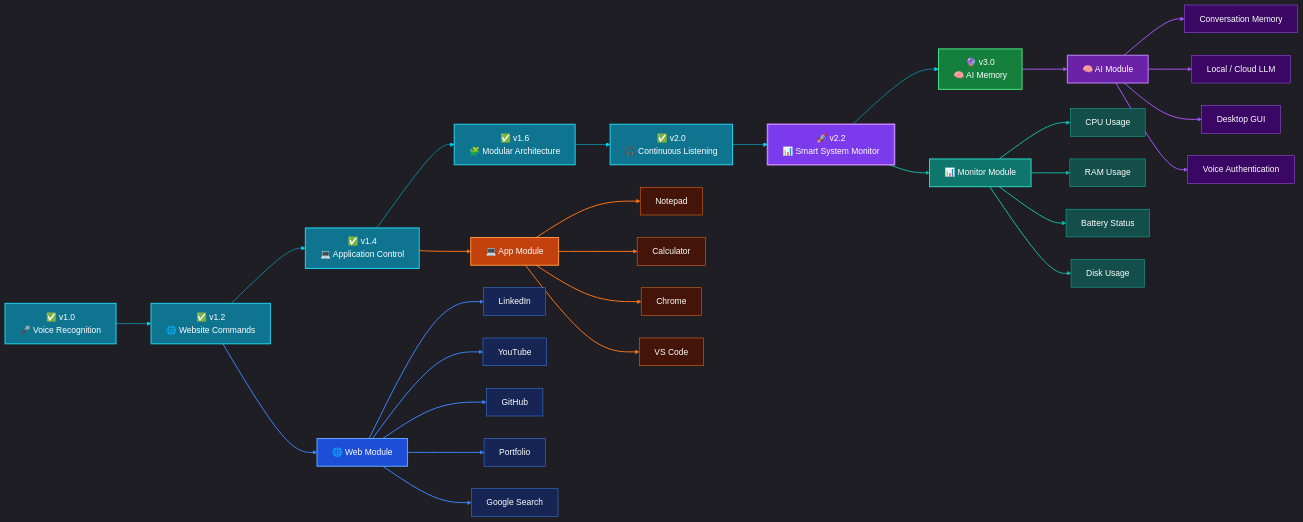
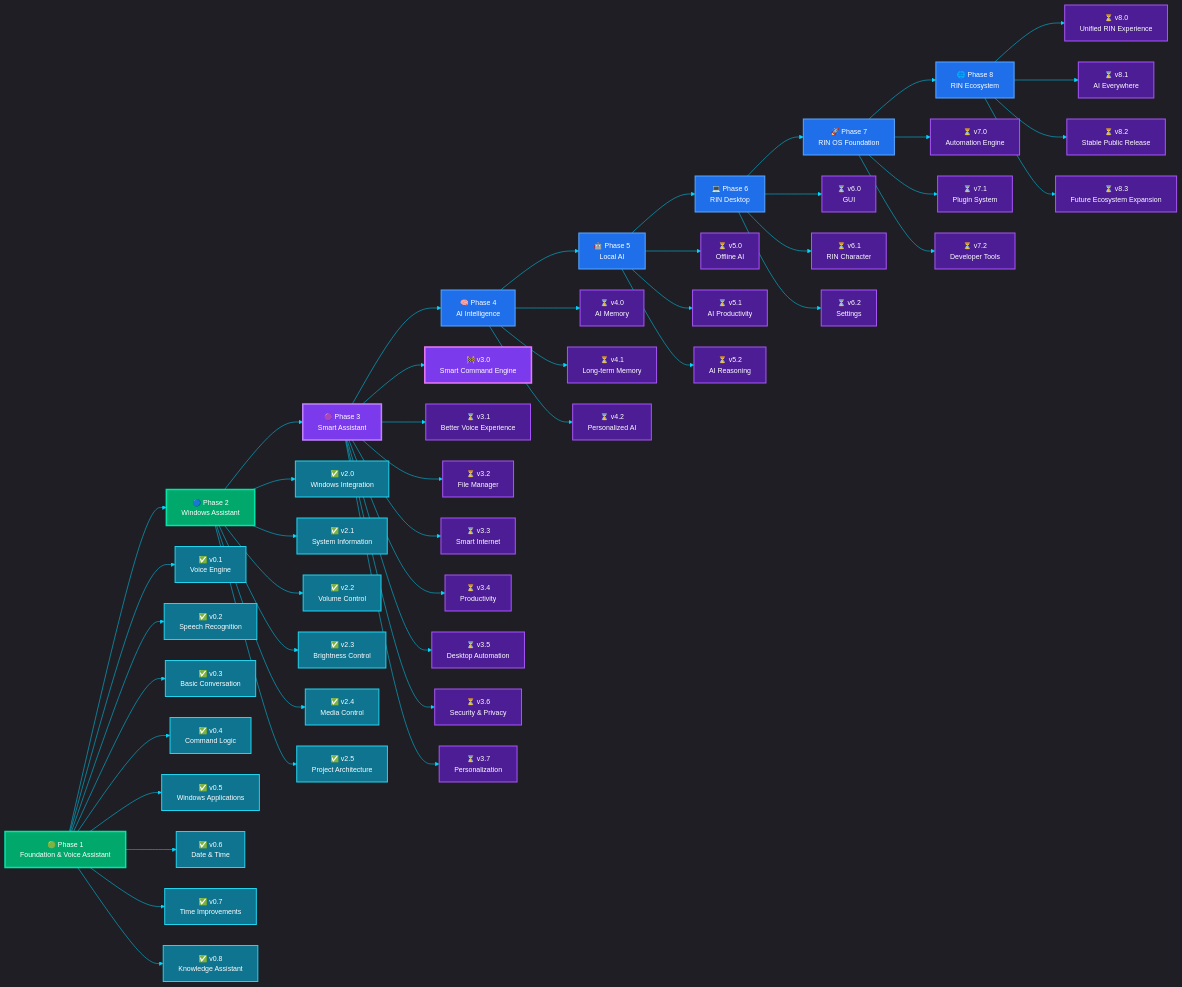
The diagram in README.md (ravisuthar-13/RIN-AI-Voice-Assistant), drawn with Mermaid before and after one commit. The commit also changed other lines of this file, not shown here.

First line of the commit message:
Revise README with new project details and status

````diff
--- a/README.md
+++ b/README.md
@@ -286,12 +463,12 @@
 %%{init: {
   "theme": "dark",
   "flowchart": {
-    "nodeSpacing": 45,
-    "rankSpacing": 70,
+    "nodeSpacing": 42,
+    "rankSpacing": 72,
     "curve": "basis"
   },
   "themeVariables": {
-    "fontSize": "17px",
+    "fontSize": "14px",
     "primaryTextColor": "#FFFFFF",
     "lineColor": "#00D9FF",
     "background": "#0D1117"
@@ -300,111 +477,120 @@
 
 flowchart LR
 
-    %% =========================
-    %% Main Version Journey
-    %% =========================
+%% =========================
+%% Main Development Journey
+%% =========================
 
-    V10["✅ v1.0<br/>🎤 Voice Recognition"]
-    V12["✅ v1.2<br/>🌐 Website Commands"]
-    V14["✅ v1.4<br/>💻 Application Control"]
-    V16["✅ v1.6<br/>🧩 Modular Architecture"]
-    V20["✅ v2.0<br/>🎧 Continuous Listening"]
-    V22["🚀 v2.2<br/>📊 Smart System Monitor"]
-    V30["🔮 v3.0<br/>🧠 AI Memory"]
+P1["🟢 Phase 1<br/>Foundation & Voice Assistant"]
+P2["🔵 Phase 2<br/>Windows Assistant"]
+P3["🟣 Phase 3<br/>Smart Assistant"]
+P4["🧠 Phase 4<br/>AI Intelligence"]
+P5["🤖 Phase 5<br/>Local AI"]
+P6["💻 Phase 6<br/>RIN Desktop"]
+P7["🚀 Phase 7<br/>RIN OS Foundation"]
+P8["🌐 Phase 8<br/>RIN Ecosystem"]
 
-    V10 --> V12 --> V14 --> V16 --> V20 --> V22 --> V30
+P1 --> P2 --> P3 --> P4 --> P5 --> P6 --> P7 --> P8
 
-    %% =========================
-    %% Website Branch
-    %% =========================
+%% =========================
+%% Phase 1 Branch
+%% =========================
 
-    V12 --> WEB["🌐 Web Module"]
+P1 --> V01["✅ v0.1<br/>Voice Engine"]
+P1 --> V02["✅ v0.2<br/>Speech Recognition"]
+P1 --> V03["✅ v0.3<br/>Basic Conversation"]
+P1 --> V04["✅ v0.4<br/>Command Logic"]
+P1 --> V05["✅ v0.5<br/>Windows Applications"]
+P1 --> V06["✅ v0.6<br/>Date & Time"]
+P1 --> V07["✅ v0.7<br/>Time Improvements"]
+P1 --> V08["✅ v0.8<br/>Knowledge Assistant"]
 
-    WEB --> LINKEDIN["LinkedIn"]
-    WEB --> YOUTUBE["YouTube"]
-    WEB --> GITHUB["GitHub"]
-    WEB --> PORTFOLIO["Portfolio"]
-    WEB --> GOOGLE["Google Search"]
+%% =========================
+%% Phase 2 Branch
+%% =========================
 
-    %% =========================
-    %% Desktop Applications Branch
-    %% =========================
+P2 --> V20["✅ v2.0<br/>Windows Integration"]
+P2 --> V21["✅ v2.1<br/>System Information"]
+P2 --> V22["✅ v2.2<br/>Volume Control"]
+P2 --> V23["✅ v2.3<br/>Brightness Control"]
+P2 --> V24["✅ v2.4<br/>Media Control"]
+P2 --> V25["✅ v2.5<br/>Project Architecture"]
 
-    V14 --> APPS["💻 App Module"]
+%% =========================
+%% Phase 3 Branch
+%% =========================
 
-    APPS --> NOTEPAD["Notepad"]
-    APPS --> CALCULATOR["Calculator"]
-    APPS --> CHROME["Chrome"]
-    APPS --> VSCODE["VS Code"]
+P3 --> V30["🚧 v3.0<br/>Smart Command Engine"]
+P3 --> V31["⏳ v3.1<br/>Better Voice Experience"]
+P3 --> V32["⏳ v3.2<br/>File Manager"]
+P3 --> V33["⏳ v3.3<br/>Smart Internet"]
+P3 --> V34["⏳ v3.4<br/>Productivity"]
+P3 --> V35["⏳ v3.5<br/>Desktop Automation"]
+P3 --> V36["⏳ v3.6<br/>Security & Privacy"]
+P3 --> V37["⏳ v3.7<br/>Personalization"]
 
-    %% =========================
-    %% System Monitor Branch
-    %% =========================
+%% =========================
+%% Phase 4 Branch
+%% =========================
 
-    V22 --> MONITOR["📊 Monitor Module"]
+P4 --> V40["⏳ v4.0<br/>AI Memory"]
+P4 --> V41["⏳ v4.1<br/>Long-term Memory"]
+P4 --> V42["⏳ v4.2<br/>Personalized AI"]
 
-    MONITOR --> CPU["CPU Usage"]
-    MONITOR --> RAM["RAM Usage"]
-    MONITOR --> BATTERY["Battery Status"]
-    MONITOR --> DISK["Disk Usage"]
+%% =========================
+%% Phase 5 Branch
+%% =========================
 
-    %% =========================
-    %% Future AI Branch
-    %% =========================
+P5 --> V50["⏳ v5.0<br/>Offline AI"]
+P5 --> V51["⏳ v5.1<br/>AI Productivity"]
+P5 --> V52["⏳ v5.2<br/>AI Reasoning"]
 
-    V30 --> AI["🧠 AI Module"]
+%% =========================
+%% Phase 6 Branch
+%% =========================
 
-    AI --> MEMORY["Conversation Memory"]
-    AI --> LLM["Local / Cloud LLM"]
-    AI --> GUI["Desktop GUI"]
-    AI --> AUTH["Voice Authentication"]
+P6 --> V60["⏳ v6.0<br/>GUI"]
+P6 --> V61["⏳ v6.1<br/>RIN Character"]
+P6 --> V62["⏳ v6.2<br/>Settings"]
 
-    %% =========================
-    %% Node Styles
-    %% =========================
+%% =========================
+%% Phase 7 Branch
+%% =========================
 
-    classDef completed fill:#0E7490,stroke:#22D3EE,color:#FFFFFF,stroke-width:2px;
-    classDef current fill:#7C3AED,stroke:#C084FC,color:#FFFFFF,stroke-width:3px;
-    classDef future fill:#15803D,stroke:#4ADE80,color:#FFFFFF,stroke-width:2px;
+P7 --> V70["⏳ v7.0<br/>Automation Engine"]
+P7 --> V71["⏳ v7.1<br/>Plugin System"]
+P7 --> V72["⏳ v7.2<br/>Developer Tools"]
 
-    classDef webModule fill:#1D4ED8,stroke:#60A5FA,color:#FFFFFF,stroke-width:2px;
-    classDef webItem fill:#172554,stroke:#3B82F6,color:#FFFFFF;
+%% =========================
+%% Phase 8 Branch
+%% =========================
 
-    classDef appModule fill:#C2410C,stroke:#FB923C,color:#FFFFFF,stroke-width:2px;
-    classDef appItem fill:#431407,stroke:#F97316,color:#FFFFFF;
+P8 --> V80["⏳ v8.0<br/>Unified RIN Experience"]
+P8 --> V81["⏳ v8.1<br/>AI Everywhere"]
+P8 --> V82["⏳ v8.2<br/>Stable Public Release"]
+P8 --> V83["⏳ v8.3<br/>Future Ecosystem Expansion"]
 
-    classDef monitorModule fill:#0F766E,stroke:#2DD4BF,color:#FFFFFF,stroke-width:2px;
-    classDef monitorItem fill:#134E4A,stroke:#14B8A6,color:#FFFFFF;
+%% =========================
+%% Styles
+%% =========================
 
-    classDef aiModule fill:#6B21A8,stroke:#C084FC,color:#FFFFFF,stroke-width:2px;
-    classDef aiItem fill:#3B0764,stroke:#A855F7,color:#FFFFFF;
+classDef phaseCompleted fill:#00A86B,stroke:#00E5A8,color:#FFFFFF,stroke-width:3px;
+classDef phaseCurrent fill:#7C3AED,stroke:#C084FC,color:#FFFFFF,stroke-width:3px;
+classDef phaseFuture fill:#1F6FEB,stroke:#58A6FF,color:#FFFFFF,stroke-width:2px;
 
-    %% =========================
-    %% Apply Styles
-    %% =========================
+classDef completed fill:#0E7490,stroke:#22D3EE,color:#FFFFFF,stroke-width:2px;
+classDef current fill:#7C3AED,stroke:#E879F9,color:#FFFFFF,stroke-width:3px;
+classDef future fill:#4C1D95,stroke:#A855F7,color:#FFFFFF,stroke-width:2px;
 
-    class V10,V12,V14,V16,V20 completed;
-    class V22 current;
-    class V30 future;
+class P1,P2 phaseCompleted;
+class P3 phaseCurrent;
+class P4,P5,P6,P7,P8 phaseFuture;
 
-    class WEB webModule;
-    class LINKEDIN,YOUTUBE,GITHUB,PORTFOLIO,GOOGLE webItem;
-
-    class APPS appModule;
-    class NOTEPAD,CALCULATOR,CHROME,VSCODE appItem;
-
-    class MONITOR monitorModule;
-    class CPU,RAM,BATTERY,DISK monitorItem;
-
-    class AI aiModule;
-    class MEMORY,LLM,GUI,AUTH aiItem;
-
-    %% =========================
-    %% Colored Branch Lines
-    %% =========================
-
-    linkStyle 6,7,8,9,10,11 stroke:#3B82F6,stroke-width:2px;
-    linkStyle 12,13,14,15,16 stroke:#F97316,stroke-width:2px;
-    linkStyle 17,18,19,20,21 stroke:#14B8A6,stroke-width:2px;
-    linkStyle 22,23,24,25,26 stroke:#A855F7,stroke-width:2px;
+class V01,V02,V03,V04,V05,V06,V07,V08 completed;
+class V20,V21,V22,V23,V24,V25 completed;
+class V30 current;
+class V31,V32,V33,V34,V35,V36,V37 future;
+class V40,V41,V42,V50,V51,V52 future;
+class V60,V61,V62,V70,V71,V72 future;
+class V80,V81,V82,V83 future;
 ```
````
